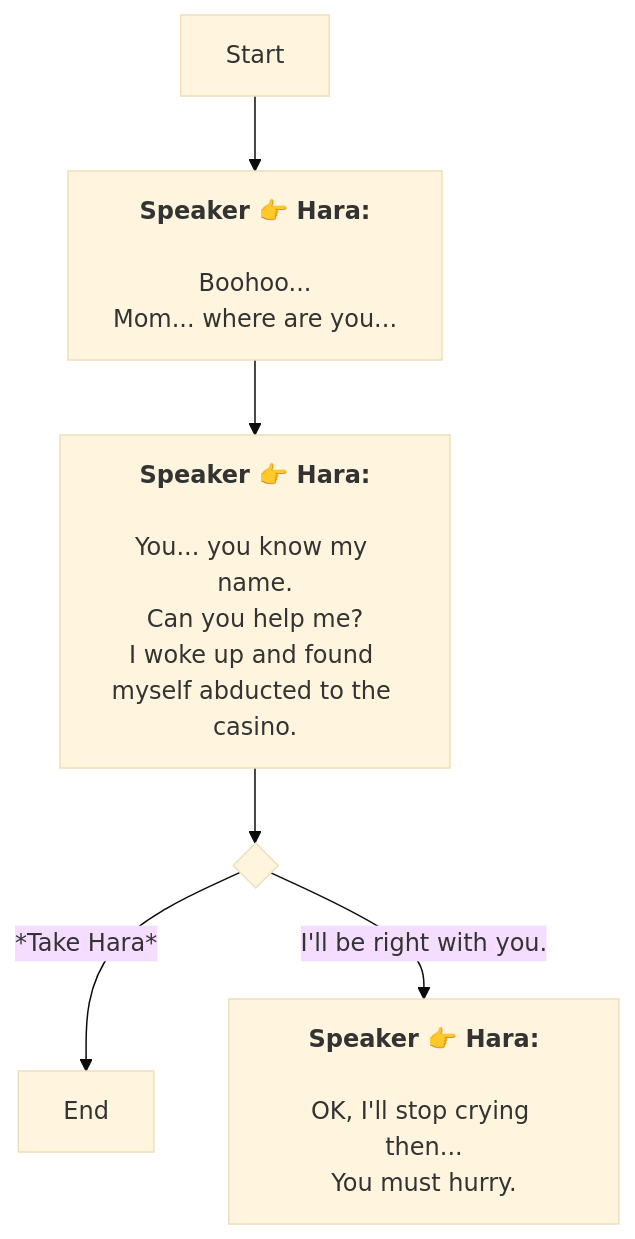
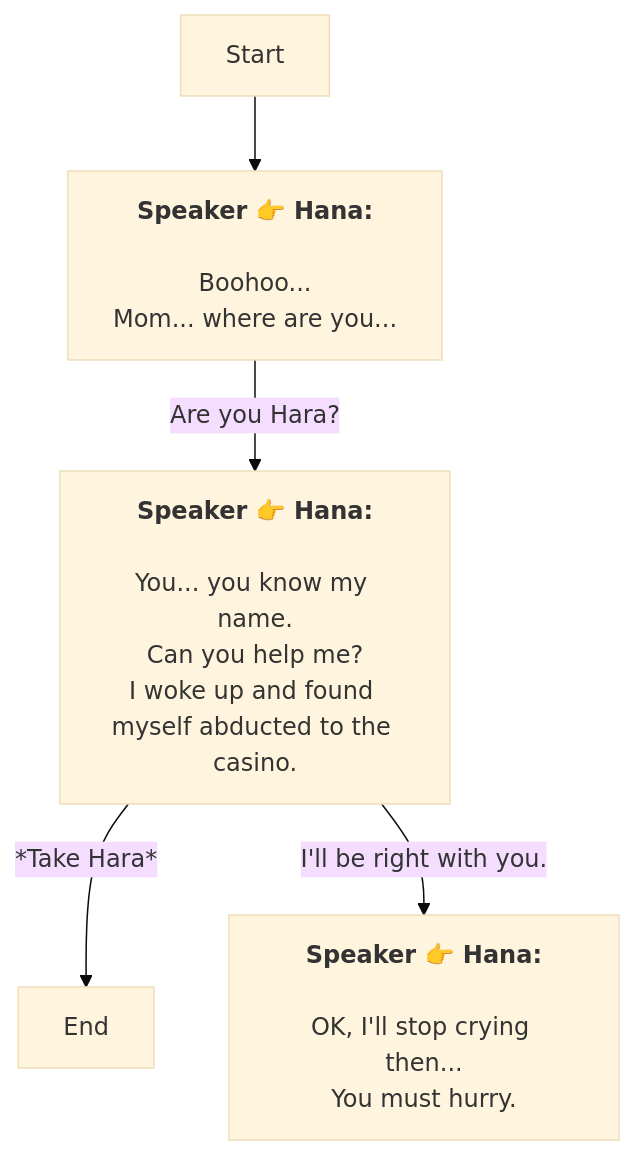
One commit to SoftHu/tos_avg changed the diagram in En/Dialog_55189570570308.md. Above: the diagram before and after it, drawn with Mermaid (base theme). The commit also changed 737 other files, not shown here.

````diff
--- a/En/Dialog_55189570570308.md
+++ b/En/Dialog_55189570570308.md
@@ -1,19 +1,12 @@
 ```mermaid
 graph
-Start -->1766066321450738[<b>Speaker 👉 Hara:</b>
+Start -->1766066321450738[<b>Speaker 👉 Hana:</b>
+\nBoohoo...\nMom... where are you...]
+1766066321450738 -->|Are you Hara?|1766066401604344[<b>Speaker 👉 Hana:</b>
+\nYou... you know my name.\nCan you help me?
+I woke up and found myself abducted to the casino.]
+1766066401604344 -->|*Take Hara*|1766066325883635[End]
+1766066401604344 -->|I'll be right with you.|1766066504773374[<b>Speaker 👉 Hana:</b>
+\nOK, I'll stop crying then...\nYou must hurry.]
 
-Boohoo...
-Mom... where are you...]
-1766066321450738 -->1766066401604344[<b>Speaker 👉 Hara:</b>
-
-You... you know my name.
-Can you help me?
-I woke up and found myself abducted to the casino.]
-1766066401604344 -->1766066463684347{ }
-1766066463684347 -->|*Take Hara*|1766066325883635[End]
-1766066463684347 -->|I'll be right with you.|1766066504773374[<b>Speaker 👉 Hara:</b>
-
-OK, I'll stop crying then...
-You must hurry.]
-
- ```
+```
````
